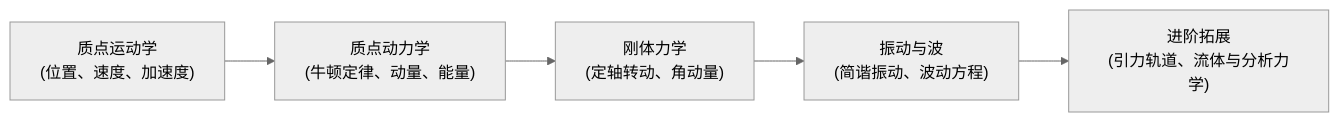
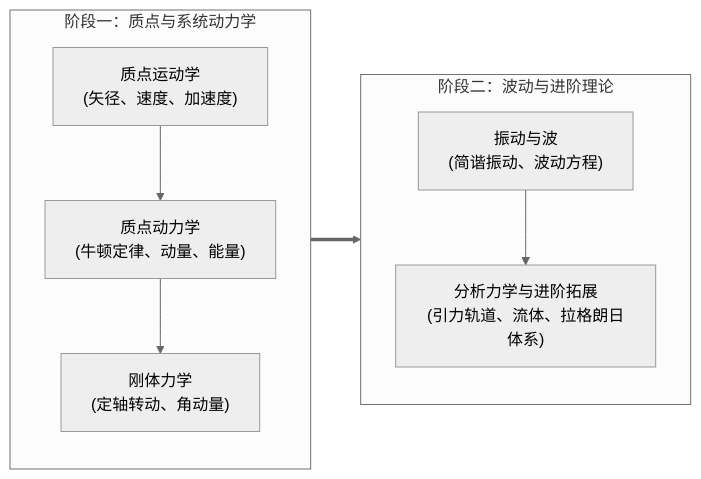
One commit to Physics-Learning-Wiki/Physics-Learning-Wiki changed the diagram in docs/mechanics/index.md. Above: the diagram before and after it, drawn with Mermaid (neutral theme). The commit also changed 3 other files, not shown here.

Commit message:
fix(ui): 重构超宽Mermaid知识图谱结构并增加容器响应式防缩放样式

````diff
--- a/docs/mechanics/index.md
+++ b/docs/mechanics/index.md
@@ -58,7 +58,14 @@
 ```mermaid
 flowchart LR
-    Kinematics["质点运动学<br/>(位置、速度、加速度)"] --> Dynamics["质点动力学<br/>(牛顿定律、动量、能量)"]
-    Dynamics --> RigidBody["刚体力学<br/>(定轴转动、角动量)"]
-    RigidBody --> Waves["振动与波<br/>(简谐振动、波动方程)"]
-    Waves --> Advanced["进阶拓展<br/>(引力轨道、流体与分析力学)"]
+    subgraph G1 ["阶段一：质点与系统动力学"]
+        direction TB
+        K["质点运动学<br/>(矢径、速度、加速度)"] --> D["质点动力学<br/>(牛顿定律、动量、能量)"] --> R["刚体力学<br/>(定轴转动、角动量)"]
+    end
+
+    subgraph G2 ["阶段二：波动与进阶理论"]
+        direction TB
+        W["振动与波<br/>(简谐振动、波动方程)"] --> A["分析力学与进阶拓展<br/>(引力轨道、流体、拉格朗日体系)"]
+    end
+
+    G1 ==> G2
 ```
````
